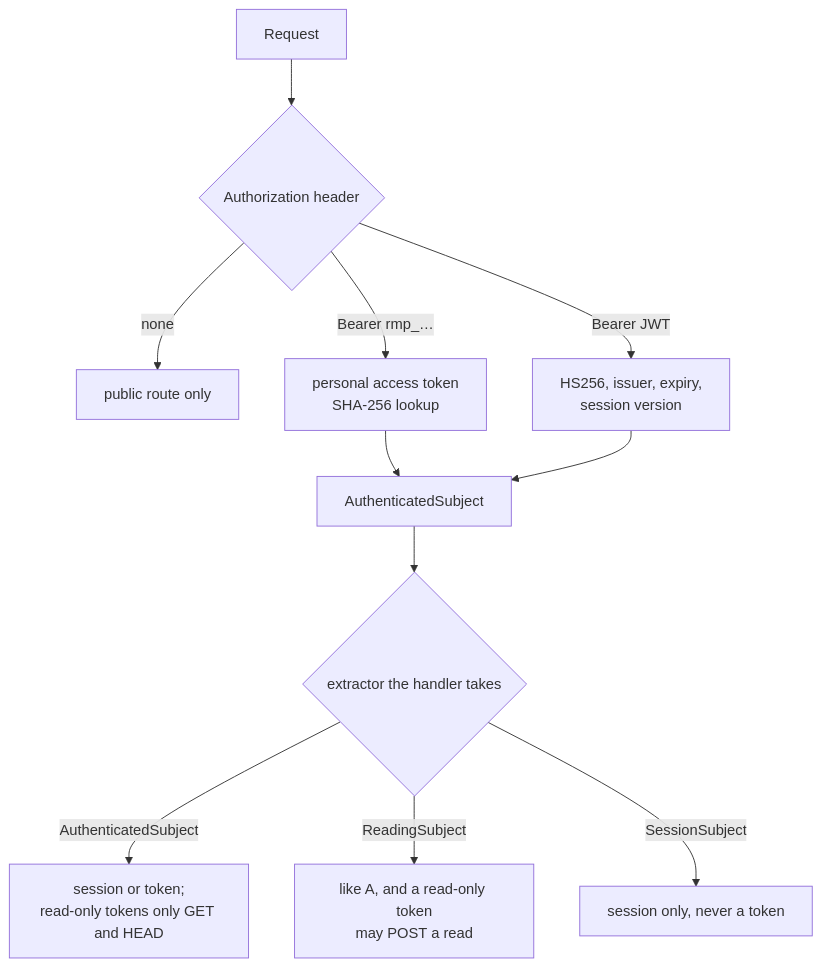
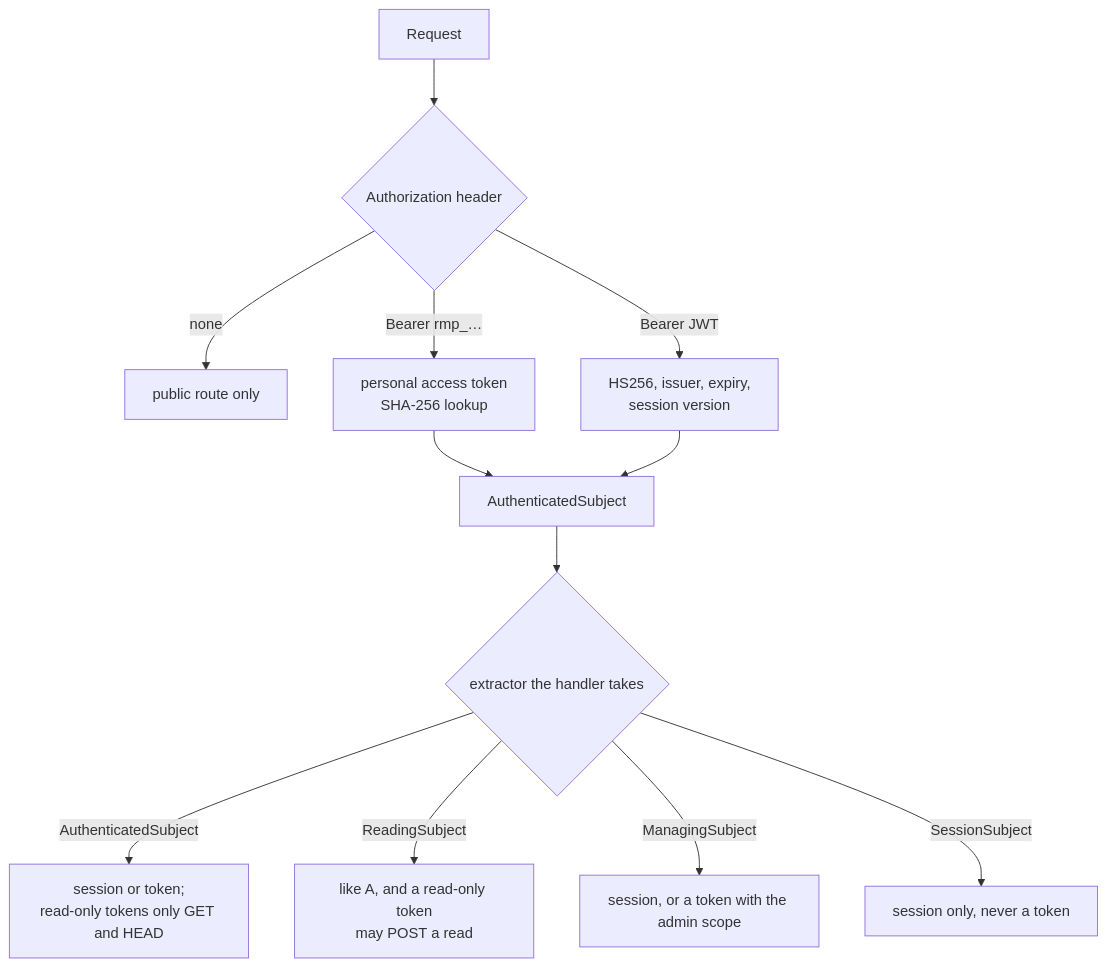
The diagram in mindmap/technical/auth-and-authorization.md (winksen/RepoMemo), drawn with Mermaid before and after one commit. The commit also changed 35 other files, not shown here.

````diff
--- a/mindmap/technical/auth-and-authorization.md
+++ b/mindmap/technical/auth-and-authorization.md
@@ -11,13 +11,14 @@
 ```mermaid
 flowchart TD
   R[Request] --> H{Authorization header}
   H -->|none| P[public route only]
   H -->|"Bearer rmp_…"| T[personal access token<br/>SHA-256 lookup]
   H -->|Bearer JWT| J[HS256, issuer, expiry,<br/>session version]
   T --> S[AuthenticatedSubject]
   J --> S
   S --> X{extractor the handler takes}
   X -->|AuthenticatedSubject| A[session or token;<br/>read-only tokens only GET and HEAD]
   X -->|ReadingSubject| B[like A, and a read-only token<br/>may POST a read]
+  X -->|ManagingSubject| M[session, or a token with the admin scope]
   X -->|SessionSubject| C[session only, never a token]
 ```
````
